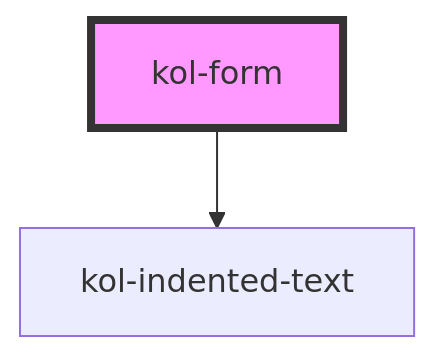
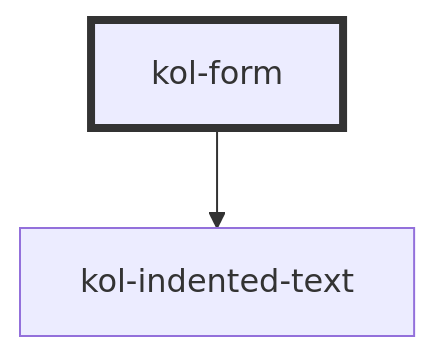
The diagram in packages/components/src/components/form/readme.md (public-ui/kolibri), drawn with Mermaid before and after one commit. The commit also changed 40 other files, not shown here.

````diff
--- a/packages/components/src/components/form/readme.md
+++ b/packages/components/src/components/form/readme.md
@@ -46,5 +46,5 @@
 ```mermaid
 graph TD;
   kol-form --> kol-indented-text
-  style kol-form fill:#f9f,stroke:#333,stroke-width:4px
+  style kol-form stroke:#333,stroke-width:4px
 ```
````
